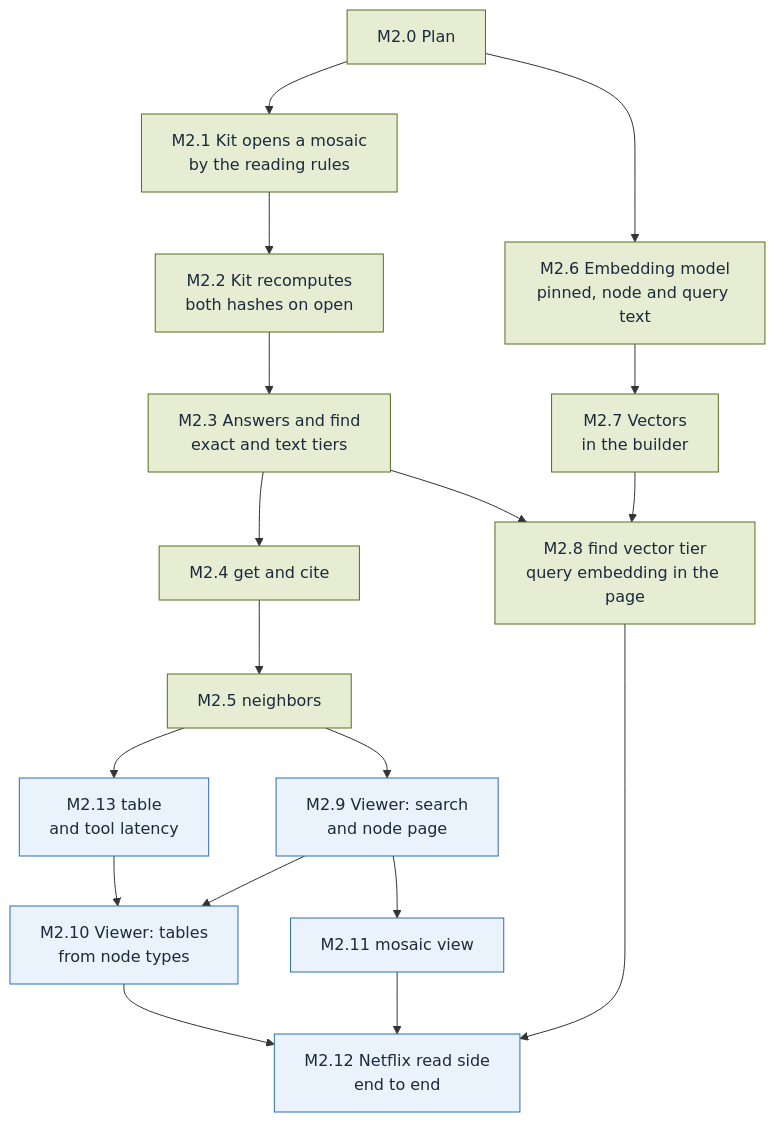
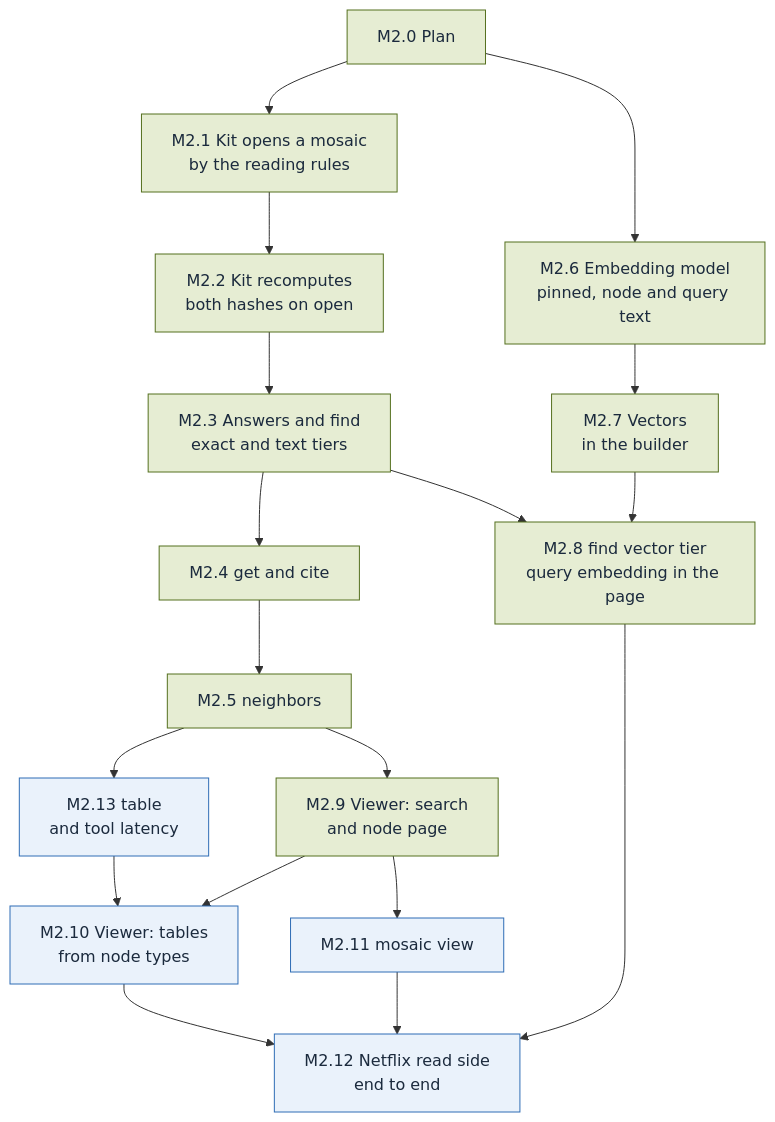
One commit to alcjor/Mosaic changed the diagram in plan/M2.md. Above: the diagram before and after it, drawn with Mermaid. The commit also changed other lines of this file and 18 other files, not shown here.

````diff
--- a/plan/M2.md
+++ b/plan/M2.md
@@ -3,39 +3,39 @@
 ```mermaid
 flowchart TD
   M2_0["M2.0 Plan"]
   M2_1["M2.1 Kit opens a mosaic<br/>by the reading rules"]
   M2_2["M2.2 Kit recomputes<br/>both hashes on open"]
   M2_3["M2.3 Answers and find<br/>exact and text tiers"]
   M2_4["M2.4 get and cite"]
   M2_5["M2.5 neighbors"]
   M2_13["M2.13 table<br/>and tool latency"]
   M2_6["M2.6 Embedding model<br/>pinned, node and query text"]
   M2_7["M2.7 Vectors<br/>in the builder"]
   M2_8["M2.8 find vector tier<br/>query embedding in the page"]
   M2_9["M2.9 Viewer: search<br/>and node page"]
   M2_10["M2.10 Viewer: tables<br/>from node types"]
   M2_11["M2.11 mosaic view"]
   M2_12["M2.12 Netflix read side<br/>end to end"]
   M2_0 --> M2_1
   M2_1 --> M2_2
   M2_2 --> M2_3
   M2_3 --> M2_4
   M2_4 --> M2_5
   M2_5 --> M2_13
   M2_0 --> M2_6
   M2_6 --> M2_7
   M2_3 --> M2_8
   M2_7 --> M2_8
   M2_5 --> M2_9
   M2_9 --> M2_10
   M2_13 --> M2_10
   M2_9 --> M2_11
   M2_8 --> M2_12
   M2_10 --> M2_12
   M2_11 --> M2_12
   classDef done fill:#E6EDD3,stroke:#55701F,color:#1B2A3D
   classDef todo fill:#EAF2FB,stroke:#2F6DB5,color:#1B2A3D
   classDef parked fill:#FCEFCF,stroke:#F2B630,color:#1B2A3D
-  class M2_0,M2_1,M2_2,M2_3,M2_4,M2_5,M2_6,M2_7,M2_8 done
-  class M2_9,M2_10,M2_11,M2_12,M2_13 todo
+  class M2_0,M2_1,M2_2,M2_3,M2_4,M2_5,M2_6,M2_7,M2_8,M2_9 done
+  class M2_10,M2_11,M2_12,M2_13 todo
 ```
````
